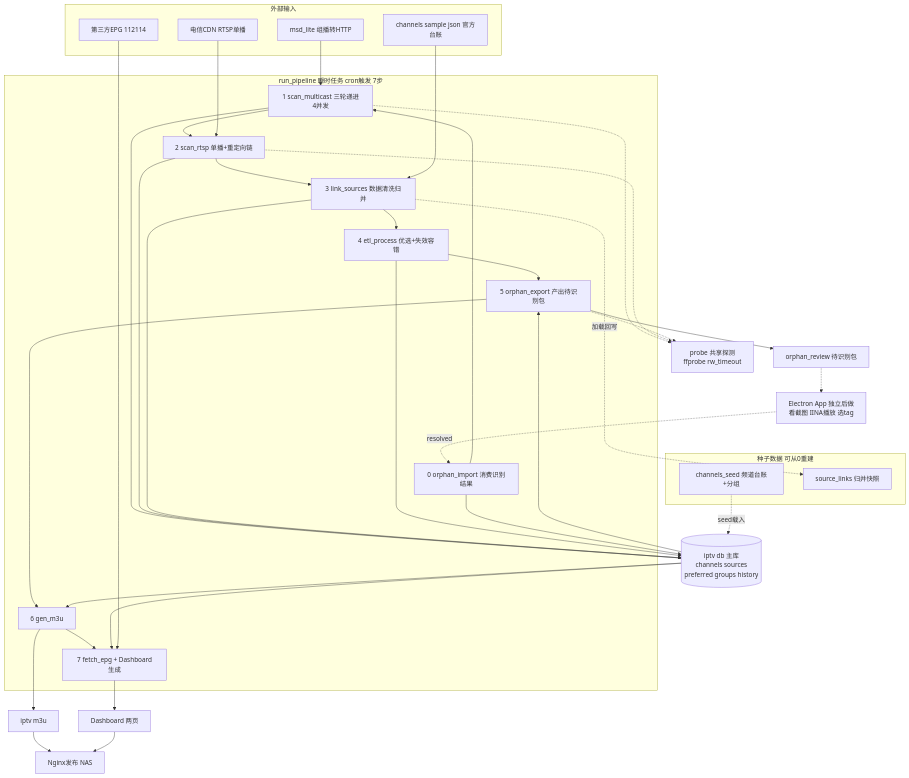
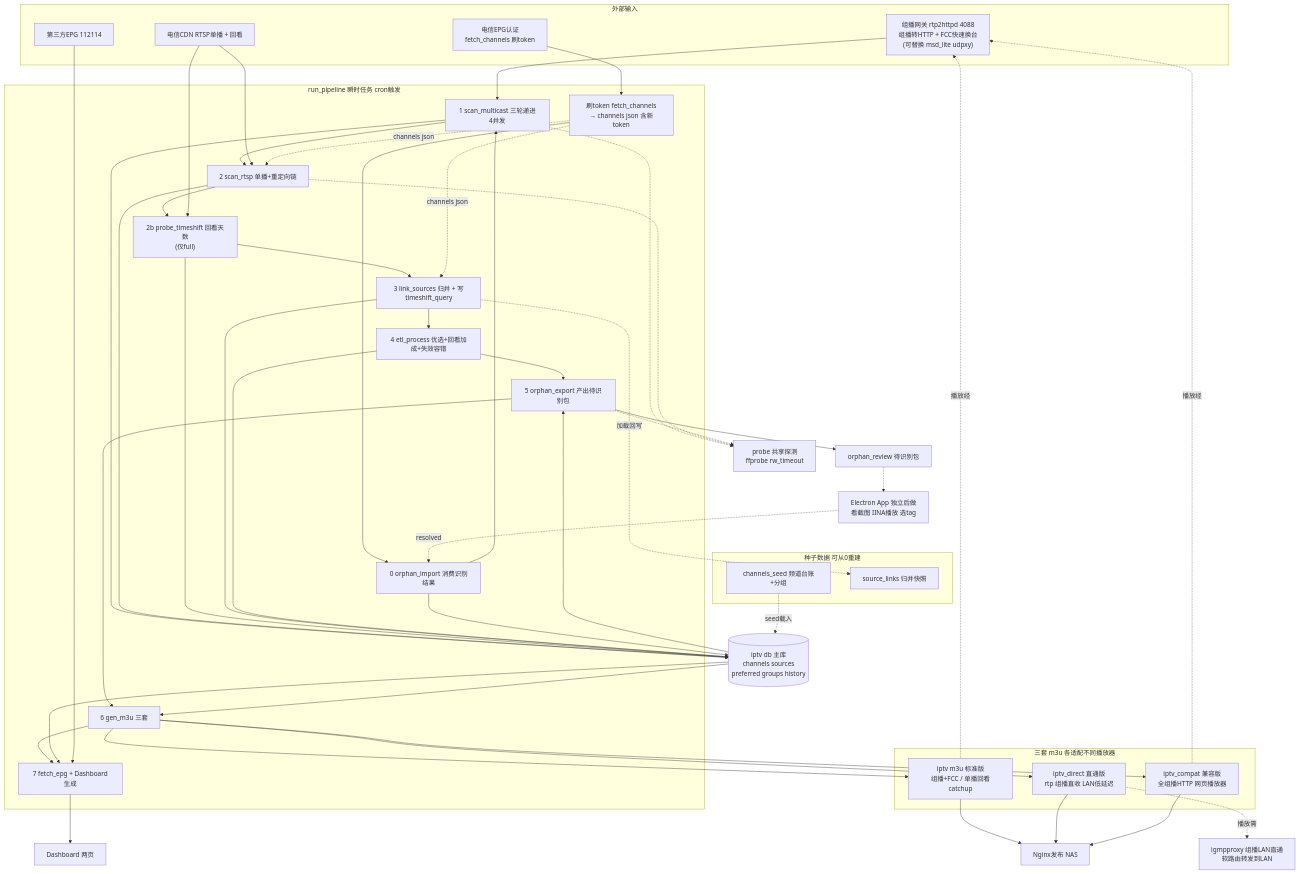
The first of 2 diagrams in docs/design/ARCHITECTURE.md (yangwudong/iptv-radar), drawn with Mermaid before and after one commit. The commit also changed other lines of this file and 7 other files, not shown here.

````diff
--- a/docs/design/ARCHITECTURE.md
+++ b/docs/design/ARCHITECTURE.md
@@ -26,54 +26,71 @@
 ```mermaid
 flowchart TB
     subgraph ext["外部输入"]
-        MSD["msd_lite 组播转HTTP"]
-        CDN["电信CDN RTSP单播"]
-        CJSON["channels sample json 官方台账"]
+        GW["组播网关 rtp2httpd 4088<br>组播转HTTP + FCC快速换台<br>(可替换 msd_lite udpxy)"]
+        CDN["电信CDN RTSP单播 + 回看"]
+        EPGAUTH["电信EPG认证<br>fetch_channels 刷token"]
         EPGSRC["第三方EPG 112114"]
     end
     subgraph seed["种子数据 可从0重建"]
         SEEDJSON["channels_seed 频道台账+分组"]
         LINKS["source_links 归并快照"]
     end
-    subgraph pipeline["run_pipeline 瞬时任务 cron触发 7步"]
+    subgraph pipeline["run_pipeline 瞬时任务 cron触发"]
+        ST["刷token fetch_channels<br>→ channels json 含新token"]
         S0["0 orphan_import 消费识别结果"]
         S1["1 scan_multicast 三轮递进4并发"]
         S2["2 scan_rtsp 单播+重定向链"]
-        S3["3 link_sources 数据清洗归并"]
-        S4["4 etl_process 优选+失效容错"]
+        S2B["2b probe_timeshift 回看天数<br>(仅full)"]
+        S3["3 link_sources 归并 + 写timeshift_query"]
+        S4["4 etl_process 优选+回看加成+失效容错"]
         S5["5 orphan_export 产出待识别包"]
-        S6["6 gen_m3u"]
+        S6["6 gen_m3u 三套"]
         S7["7 fetch_epg + Dashboard生成"]
-        S0 --> S1 --> S2 --> S3 --> S4 --> S5 --> S6 --> S7
+        ST --> S0 --> S1 --> S2 --> S2B --> S3 --> S4 --> S5 --> S6 --> S7
     end
     DB[("iptv db 主库<br>channels sources<br>preferred groups history")]
     PROBE["probe 共享探测<br>ffprobe rw_timeout"]
-    M3U["iptv m3u"]
+    subgraph m3us["三套 m3u 各适配不同播放器"]
+        M1["iptv m3u 标准版<br>组播+FCC / 单播回看catchup"]
+        M2["iptv_direct 直通版<br>rtp 组播直收 LAN低延迟"]
+        M3["iptv_compat 兼容版<br>全组播HTTP 网页播放器"]
+    end
+    IGMP["igmpproxy 组播LAN直通<br>软路由转发到LAN"]
     DASH["Dashboard 两页"]
     REVIEW["orphan_review 待识别包"]
     EAPP["Electron App 独立后做<br>看截图 IINA播放 选tag"]
     NGINX["Nginx发布 NAS"]
 
-    MSD --> S1
+    EPGAUTH --> ST
+    GW --> S1
     CDN --> S2
-    CJSON --> S3
+    CDN --> S2B
+    ST -. channels json .-> S2
+    ST -. channels json .-> S3
     S1 -.-> PROBE
     S2 -.-> PROBE
     S5 -.-> PROBE
     S1 --> DB
     S2 --> DB
+    S2B --> DB
     S3 --> DB
     S3 -. 加载回写 .-> LINKS
     S4 --> DB
     SEEDJSON -. seed载入 .-> DB
     DB --> S5
     S5 --> REVIEW
     REVIEW -.-> EAPP
     EAPP -. resolved .-> S0
     S0 --> DB
-    DB --> S6 --> M3U
+    DB --> S6 --> M1
+    S6 --> M2
+    S6 --> M3
     DB --> S7 --> DASH
     EPGSRC --> S7
-    M3U --> NGINX
-    DASH --> NGINX
+    M1 --> NGINX
+    M2 --> NGINX
+    M3 --> NGINX
+    M2 -. 播放需 .-> IGMP
+    M1 -. 播放经 .-> GW
+    M3 -. 播放经 .-> GW
 ```
````
